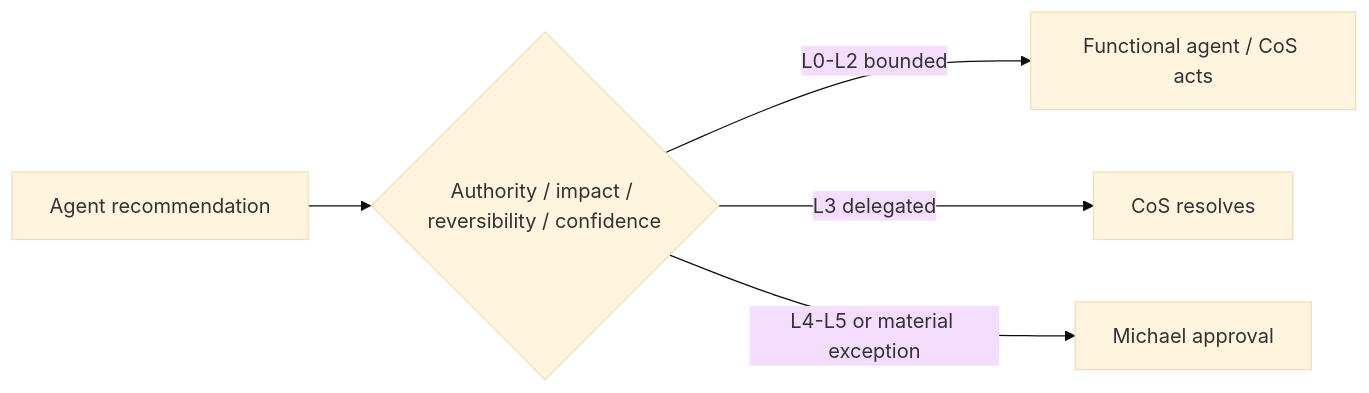
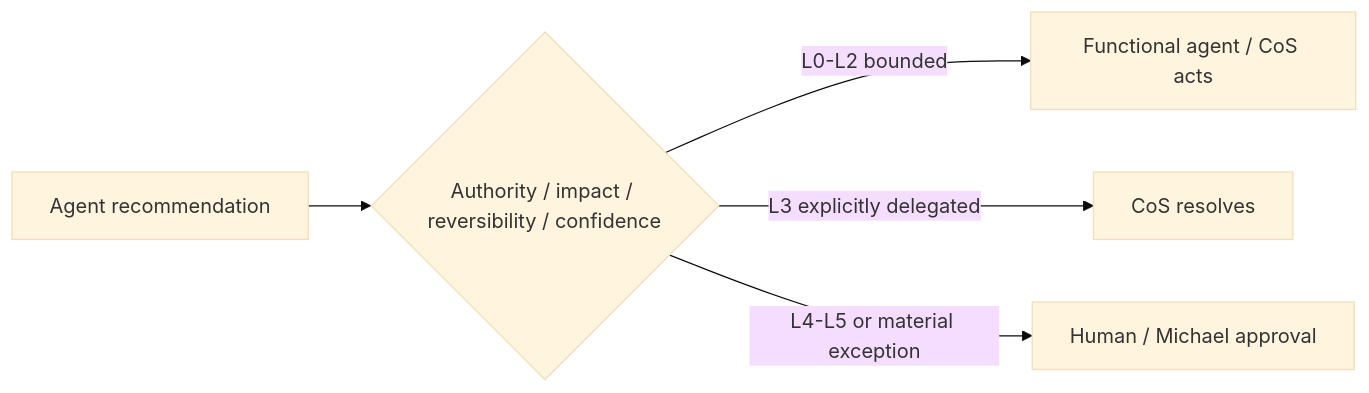
The fifth of 7 diagrams in docs/architecture.md (mkleinbe/mesh-ai-agent-cos-universe), drawn with Mermaid (base theme) before and after one commit. The commit also changed other lines of this file, not shown here.

Commit message:
docs: align architecture with Phase 1 executable services

````diff
--- a/docs/architecture.md
+++ b/docs/architecture.md
@@ -51,7 +95,7 @@
 ```mermaid
 flowchart LR
 A[Agent recommendation] --> R{Authority / impact / reversibility / confidence}
 R -->|L0-L2 bounded| F[Functional agent / CoS acts]
-R -->|L3 delegated| C[CoS resolves]
-R -->|L4-L5 or material exception| M[Michael approval]
+R -->|L3 explicitly delegated| C[CoS resolves]
+R -->|L4-L5 or material exception| M[Human / Michael approval]
 ```
````
